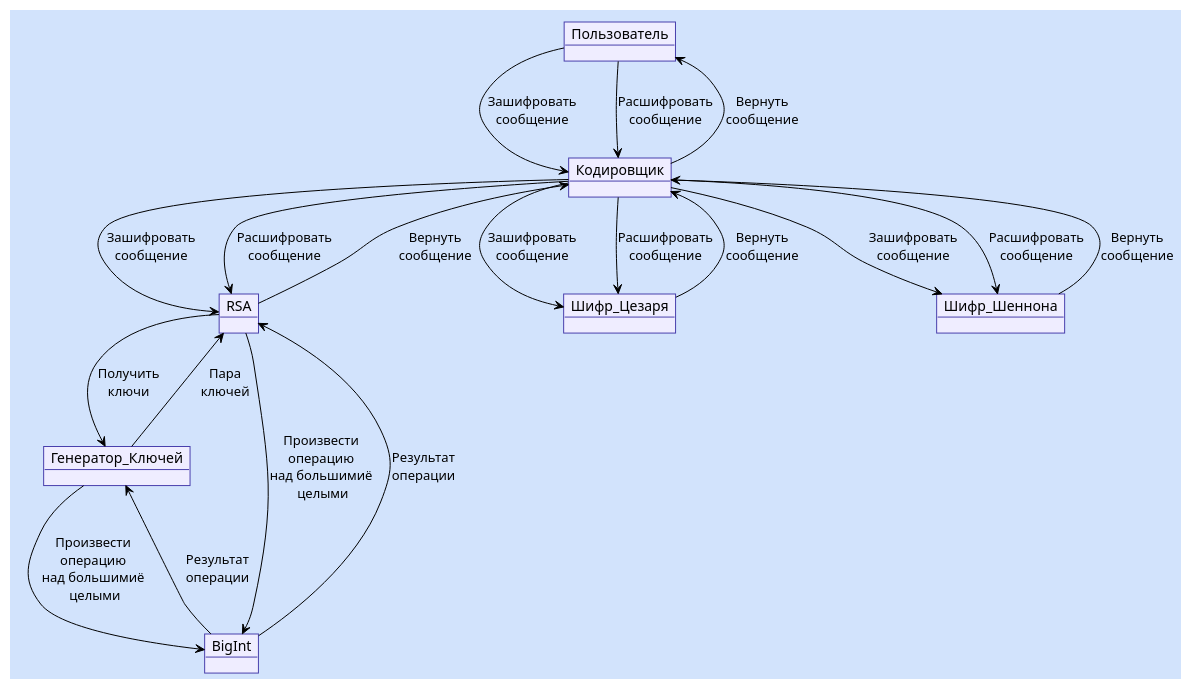
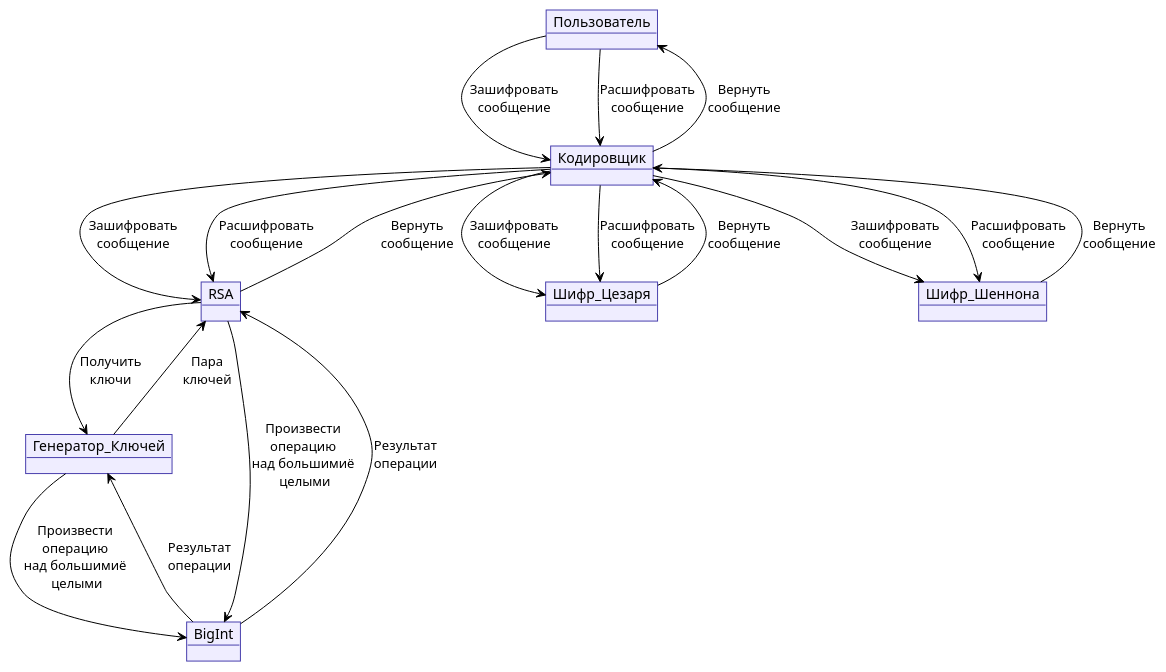
The diagram in Diagrams/objects.puml (RNEvok/Encryption), drawn with PlantUML before and after one commit. The commit also changed 12 other files, not shown here.

```diff
--- a/Diagrams/objects.puml
+++ b/Diagrams/objects.puml
@@ -1,39 +1,39 @@
 @startuml Объектная модель
   !theme plain
-  skinparam BackgroundColor #d2e3fc
+  skinparam BackgroundColor #fff
   skinparam ObjectBorderColor #4940ad
   skinparam ObjectBackgroundColor #efedff
   skinparam Handwritten false
 
   object Пользователь
   object Кодировщик
   object RSA
   object Шифр_Цезаря
   object Шифр_Шеннона
   object Генератор_Ключей
   object BigInt
 
   Пользователь --> Кодировщик : "Зашифровать\nсообщение"
   Пользователь --> Кодировщик : "Расшифровать\nсообщение"
   Пользователь <-- Кодировщик : "Вернуть\nсообщение"
 
   Кодировщик --> RSA : "Зашифровать\nсообщение"
   Кодировщик --> RSA : "Расшифровать\nсообщение"
   Кодировщик <-- RSA : "Вернуть\nсообщение"
 
   Кодировщик --> Шифр_Цезаря : "Зашифровать\nсообщение"
   Кодировщик --> Шифр_Цезаря : "Расшифровать\nсообщение"
   Кодировщик <-- Шифр_Цезаря : "Вернуть\nсообщение"
 
   Кодировщик --> Шифр_Шеннона : "Зашифровать\nсообщение"
   Кодировщик --> Шифр_Шеннона : "Расшифровать\nсообщение"
   Кодировщик <-- Шифр_Шеннона : "Вернуть\nсообщение"
 
   RSA --> Генератор_Ключей : "Получить\nключи"
   RSA <-- Генератор_Ключей : "Пара\nключей"
   RSA --> BigInt : "Произвести\nоперацию\nнад большимиё\n целыми"
   RSA <-- BigInt : "Результат\nоперации"
   Генератор_Ключей --> BigInt : "Произвести\nоперацию\nнад большимиё\n целыми"
   Генератор_Ключей <-- BigInt : "Результат\nоперации"
   
 @enduml
```
